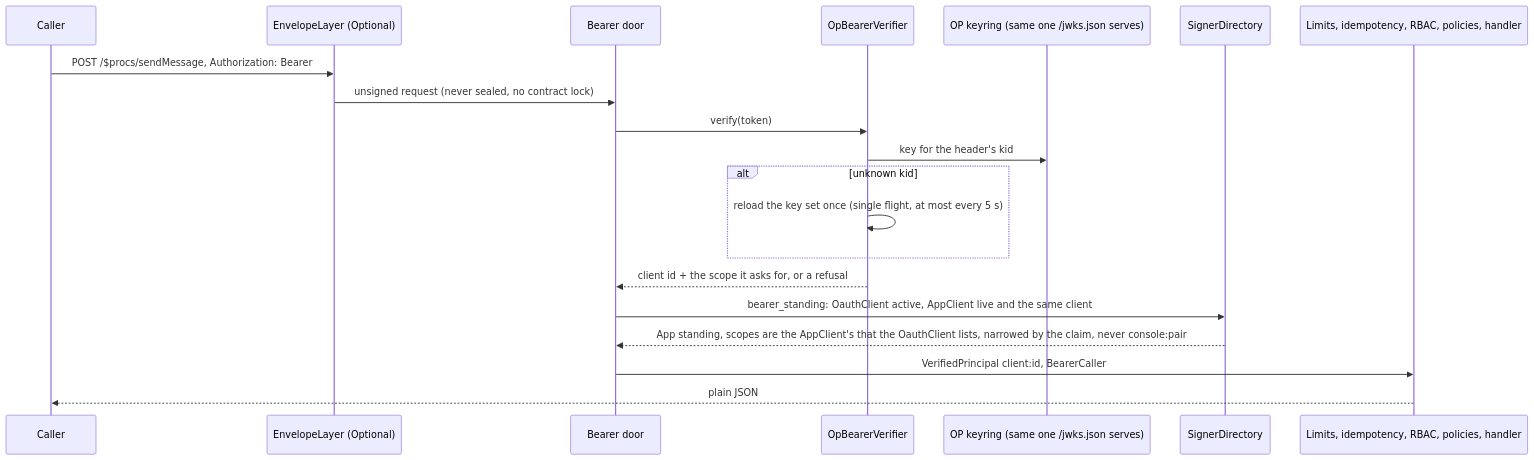
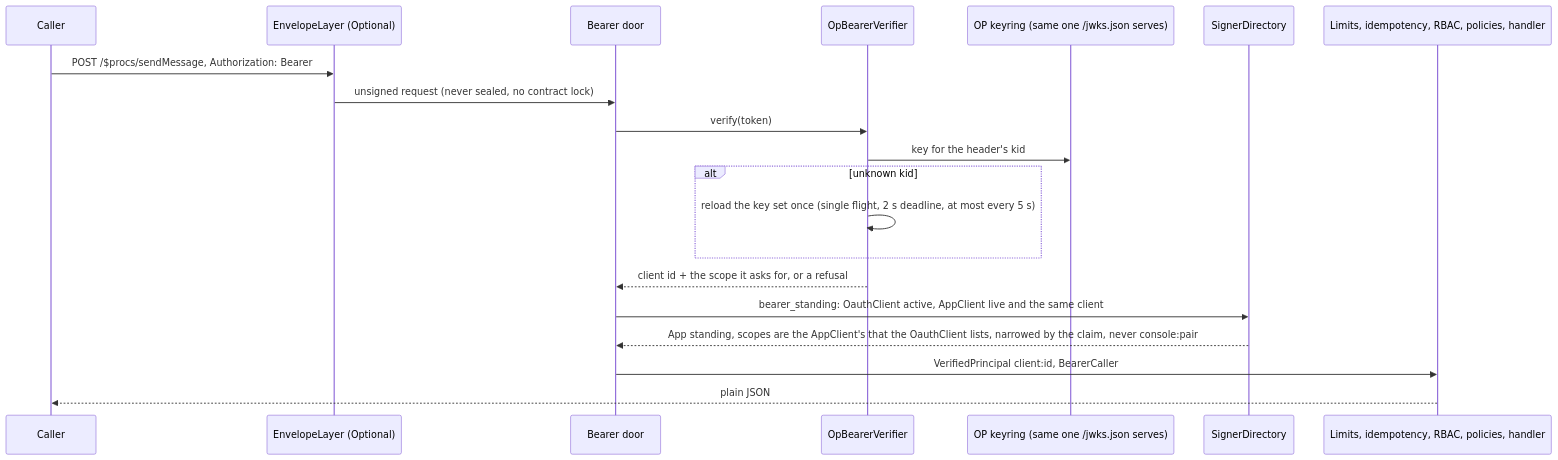
The ninth of 19 diagrams in docs/architecture.md (vaam-apps/vsms), drawn with Mermaid before and after one commit. The commit also changed other lines of this file and 3 other files, not shown here.

````diff
--- a/docs/architecture.md
+++ b/docs/architecture.md
@@ -2097,22 +2097,22 @@
 ```mermaid
 sequenceDiagram
     participant C as Caller
     participant E as EnvelopeLayer (Optional)
     participant B as Bearer door
     participant V as OpBearerVerifier
     participant K as OP keyring (same one /jwks.json serves)
     participant D as SignerDirectory
     participant R as Limits, idempotency, RBAC, policies, handler
     C->>E: POST /$procs/sendMessage, Authorization: Bearer
     E->>B: unsigned request (never sealed, no contract lock)
     B->>V: verify(token)
     V->>K: key for the header's kid
     alt unknown kid
-        V->>V: reload the key set once (single flight, at most every 5 s)
+        V->>V: reload the key set once (single flight, 2 s deadline, at most every 5 s)
     end
     V-->>B: client id + the scope it asks for, or a refusal
     B->>D: bearer_standing: OauthClient active, AppClient live and the same client
     D-->>B: App standing, scopes are the AppClient's that the OauthClient lists, narrowed by the claim, never console:pair
     B->>R: VerifiedPrincipal client:id, BearerCaller
     R-->>C: plain JSON
 ```
````
